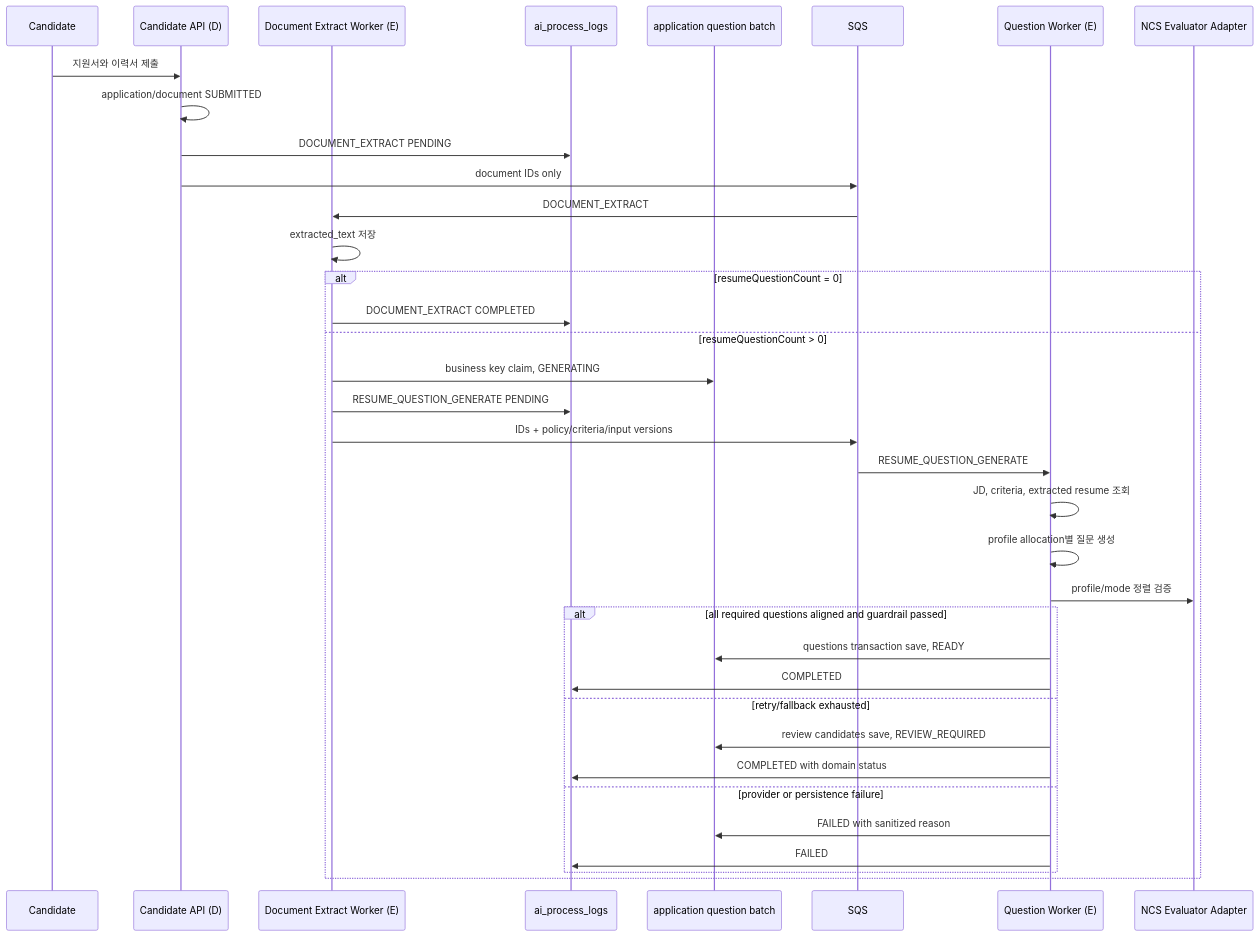
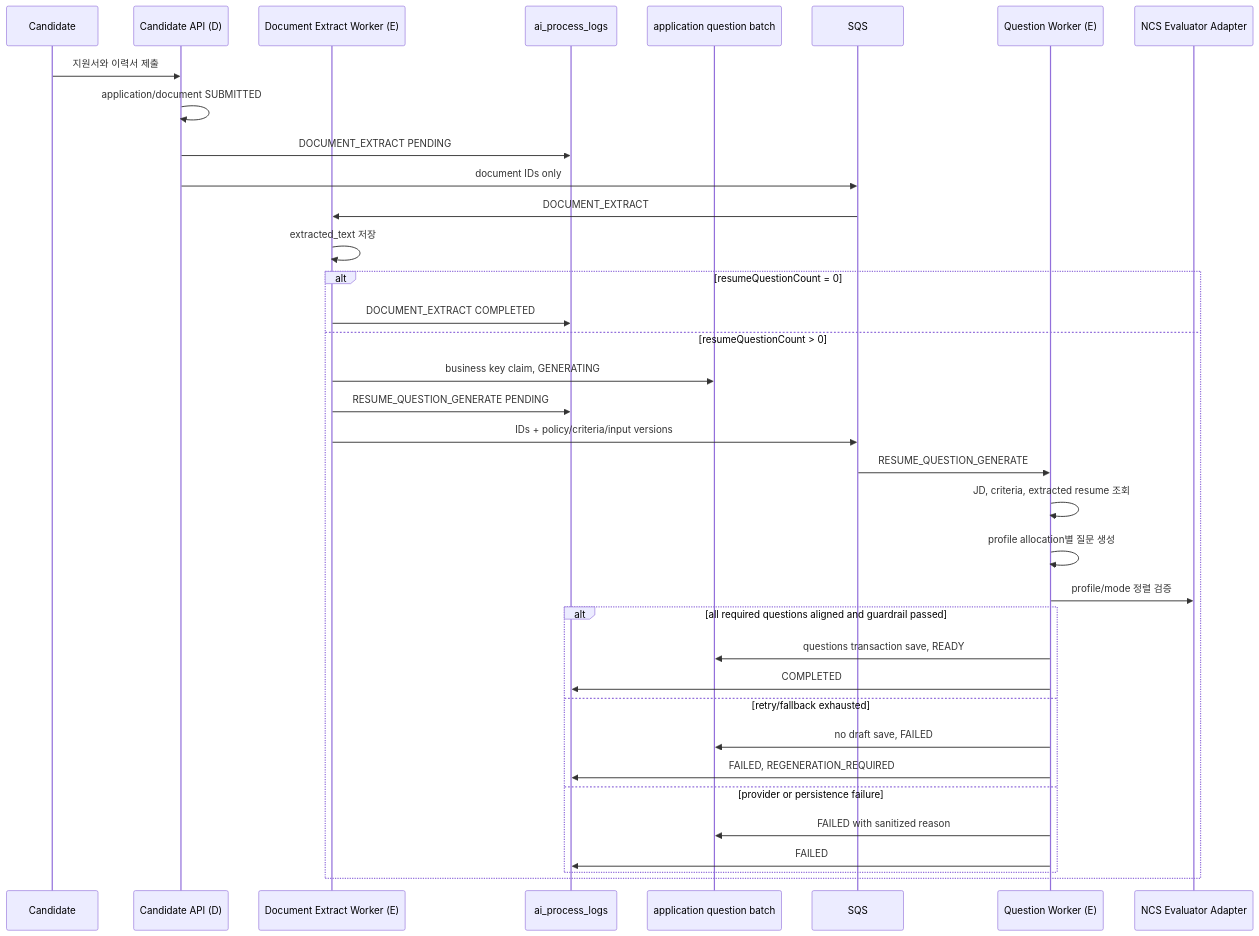
Before and after one commit to IMGyuGo/init: the second of 2 diagrams in docs/02_architecture/async-ai-pipeline.md, drawn with Mermaid. The commit also changed other lines of this file and 16 other files, not shown here.

````diff
--- a/docs/02_architecture/async-ai-pipeline.md
+++ b/docs/02_architecture/async-ai-pipeline.md
@@ -52,39 +53,39 @@
 ```mermaid
 sequenceDiagram
   participant Candidate
   participant D as Candidate API (D)
   participant Doc as Document Extract Worker (E)
   participant Log as ai_process_logs
   participant Batch as application question batch
   participant Queue as SQS
   participant QWorker as Question Worker (E)
   participant NCS as NCS Evaluator Adapter
 
   Candidate->>D: 지원서와 이력서 제출
   D->>D: application/document SUBMITTED
   D->>Log: DOCUMENT_EXTRACT PENDING
   D->>Queue: document IDs only
   Queue->>Doc: DOCUMENT_EXTRACT
   Doc->>Doc: extracted_text 저장
   alt resumeQuestionCount = 0
     Doc->>Log: DOCUMENT_EXTRACT COMPLETED
   else resumeQuestionCount > 0
     Doc->>Batch: business key claim, GENERATING
     Doc->>Log: RESUME_QUESTION_GENERATE PENDING
     Doc->>Queue: IDs + policy/criteria/input versions
     Queue->>QWorker: RESUME_QUESTION_GENERATE
     QWorker->>QWorker: JD, criteria, extracted resume 조회
     QWorker->>QWorker: profile allocation별 질문 생성
     QWorker->>NCS: profile/mode 정렬 검증
     alt all required questions aligned and guardrail passed
       QWorker->>Batch: questions transaction save, READY
       QWorker->>Log: COMPLETED
     else retry/fallback exhausted
-      QWorker->>Batch: review candidates save, REVIEW_REQUIRED
-      QWorker->>Log: COMPLETED with domain status
+      QWorker->>Batch: no draft save, FAILED
+      QWorker->>Log: FAILED, REGENERATION_REQUIRED
     else provider or persistence failure
       QWorker->>Batch: FAILED with sanitized reason
       QWorker->>Log: FAILED
     end
   end
 ```
````
